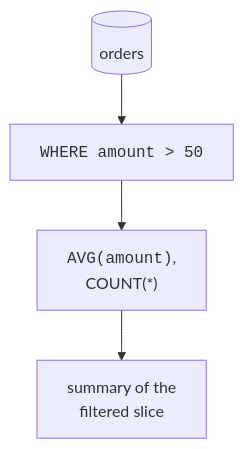
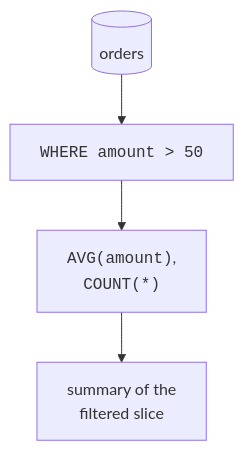
Before and after one commit to dataslope/dataslope: the second of 2 diagrams in content/courses/sql-analytics-duckdb/aggregate-functions.mdx, drawn with Mermaid. The commit also changed 65 other files, not shown here.

First line of the commit message:
Set code in every mermaid label in the mono face

````diff
--- a/content/courses/sql-analytics-duckdb/aggregate-functions.mdx
+++ b/content/courses/sql-analytics-duckdb/aggregate-functions.mdx
@@ -221,6 +221,6 @@
 ```mermaid
 flowchart TD
     T[("orders")] --> W["<code>WHERE amount &gt; 50</code>"]
-    W --> A["<code>AVG(amount)</code>,<br/>COUNT(*)"]
+    W --> A["<code>AVG(amount)</code>,<br/><code>COUNT(*)</code>"]
     A --> R["summary of the<br/>filtered slice"]
 ```
````
